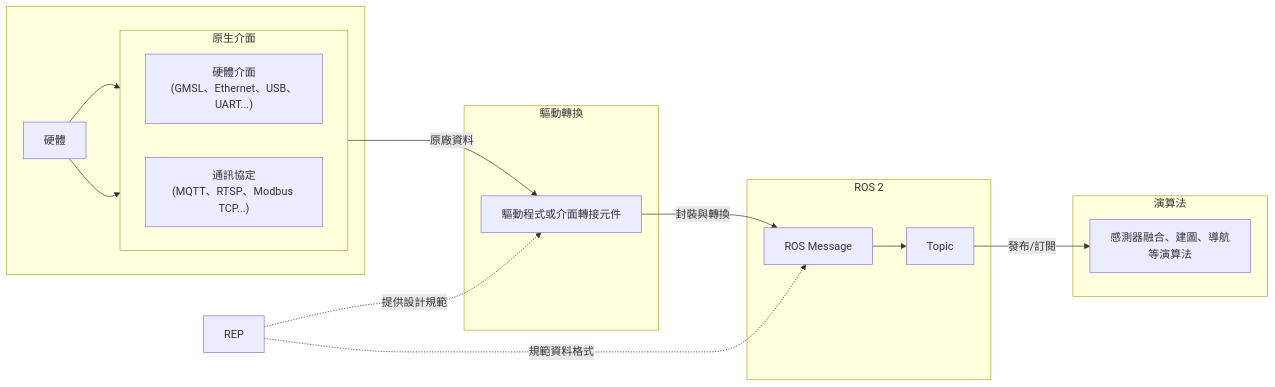
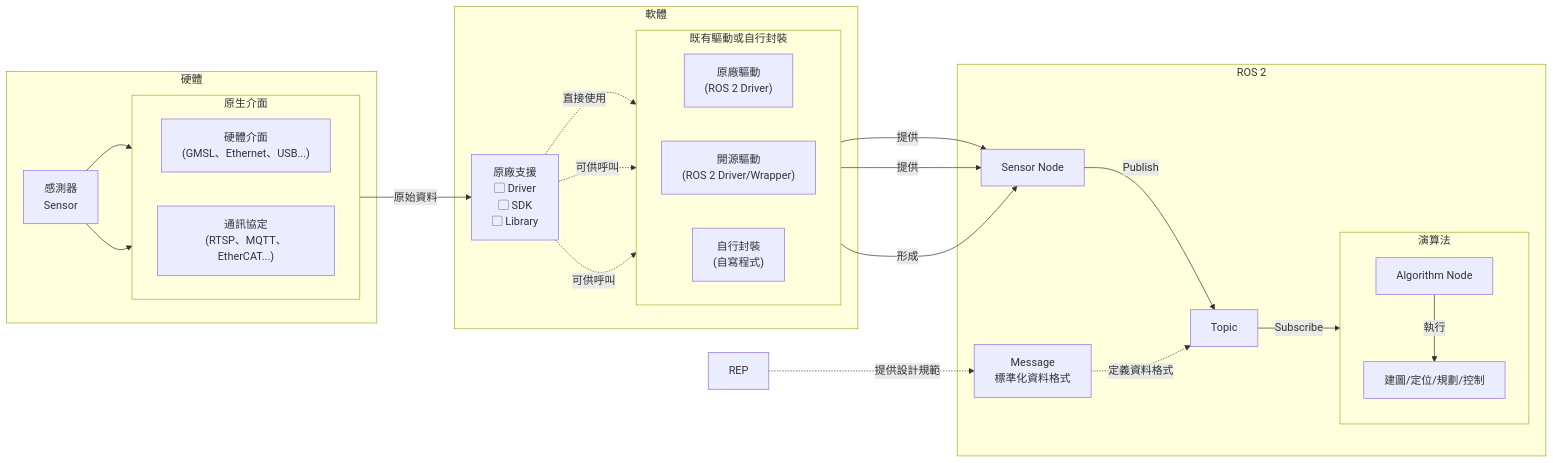
Before and after one commit to weilingwu772/guide-repo: the first of 2 diagrams in CH1-3_ROS_2_engineering_standards_for_sensor_fusion.md, drawn with Mermaid. The commit also changed other lines of this file and 4 other files, not shown here.

````diff
--- a/CH1-3_ROS_2_engineering_standards_for_sensor_fusion.md
+++ b/CH1-3_ROS_2_engineering_standards_for_sensor_fusion.md
@@ -9,38 +9,57 @@
 ```mermaid
 flowchart LR
-    subgraph HW[" "]
-        S["硬體"]
+    subgraph HW["硬體"]
+        S["感測器<br/>Sensor"]
 
         subgraph NI["原生介面"]
             direction LR
-            HI["硬體介面<br/>(GMSL、Ethernet、USB、UART...)"]
-            CP["通訊協定<br/>(MQTT、RTSP、Modbus TCP...)"]
+            HI["硬體介面<br/>(GMSL、Ethernet、USB...)"]
+            CP["通訊協定<br/>(RTSP、MQTT、EtherCAT...)"]
         end
 
         S --> HI
         S --> CP
     end
 
-    subgraph CONV["驅動轉換"]
-        DA["驅動程式或介面轉接元件"]
+    subgraph SOFT["軟體"]
+        SDK["原廠支援<br/>▢ Driver<br/>▢ SDK<br/>▢ Library"]
+
+        subgraph DR["既有驅動或自行封裝"]
+          direction LR
+          RD["原廠驅動<br/>(ROS 2 Driver)"]
+          TH["開源驅動<br/>(ROS 2 Driver/Wrapper)"]
+          CUS["自行封裝<br/>(自寫程式)"]
+        end
+
+        SDK -.->|"直接使用"| RD
+        SDK -.->|"可供呼叫"| TH
+        SDK -.->|"可供呼叫"| CUS
     end
 
     subgraph ROS["ROS 2"]
-        MSG["ROS Message"]
+        RNOA["Sensor Node"]
+        MSG["Message<br/>標準化資料格式"]
         TOPIC["Topic"]
-        MSG --> TOPIC
+
+        subgraph APP["演算法"]
+          direction TB
+          RNOB["Algorithm Node"]
+          ALG["建圖/定位/規劃/控制"]          
+          
+          RNOB -->|"執行"| ALG
+        end
+
+        RNOA -->|"Publish"| TOPIC
+        TOPIC -->|"Subscribe"| RNOB
+
+        MSG -.->|"定義資料格式"| TOPIC
     end
 
-    subgraph APP["演算法"]
-        ALG["感測器融合、建圖、導航<br/>等演算法"]
-    end
-
-    NI -->|"原廠資料"| DA
-    DA -->|"封裝與轉換"| MSG
-    TOPIC -->|"發布/訂閱"| ALG
+    NI -->|"原始資料"| SDK
+    RD -->|"提供"| RNOA
+    TH -->|"提供"| RNOA    
+    CUS -->|"形成"| RNOA
 
     REP["REP"]
-
-    REP -.->|"提供設計規範"| DA
-    REP -.->|"規範資料格式"| MSG
+    REP -.->|"提供設計規範"| MSG
 ```
````
